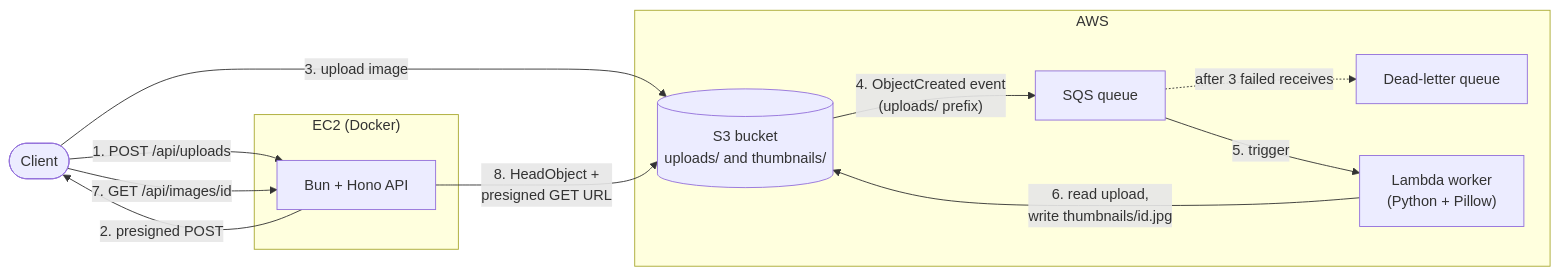
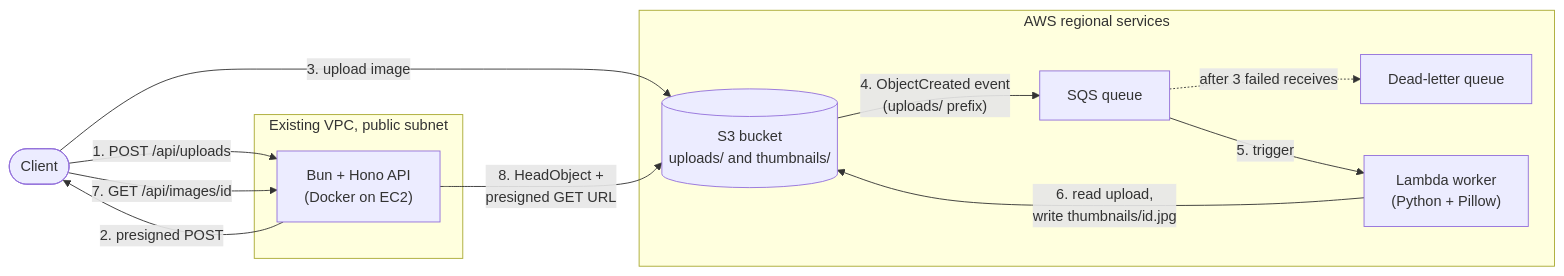
Before and after one commit to theholygun2/image-thumbnailer: the diagram in README.md, drawn with Mermaid. The commit also changed other lines of this file and 2 other files, not shown here.

````diff
--- a/README.md
+++ b/README.md
@@ -7,23 +7,23 @@
 ```mermaid
 flowchart LR
     client([Client])
-    subgraph EC2["EC2 (Docker)"]
-        api["Bun + Hono API"]
+    subgraph VPC["Existing VPC, public subnet"]
+        api["Bun + Hono API<br/>(Docker on EC2)"]
     end
-    subgraph AWS
+    subgraph AWS["AWS regional services"]
         s3[("S3 bucket<br/>uploads/ and thumbnails/")]
         sqs["SQS queue"]
         dlq["Dead-letter queue"]
         lambda["Lambda worker<br/>(Python + Pillow)"]
     end
 
     client -- "1. POST /api/uploads" --> api
     api -- "2. presigned POST" --> client
     client -- "3. upload image" --> s3
     s3 -- "4. ObjectCreated event<br/>(uploads/ prefix)" --> sqs
     sqs -- "5. trigger" --> lambda
     lambda -- "6. read upload,<br/>write thumbnails/id.jpg" --> s3
     sqs -. "after 3 failed receives" .-> dlq
     client -- "7. GET /api/images/id" --> api
     api -- "8. HeadObject +<br/>presigned GET URL" --> s3
 ```
````
